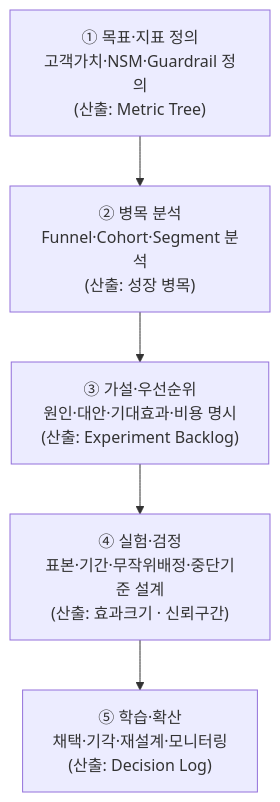
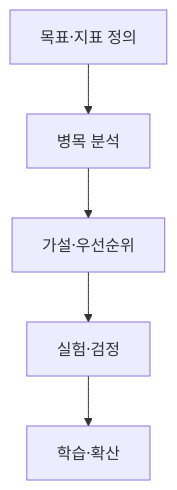
One commit to agnusdei1207/study changed the third of 4 diagrams in src/content/docs/notes/itpe/01-it-strategy/046_growth_hacking.md. Above: the diagram before and after it, drawn with Mermaid. The commit also changed other lines of this file and 19 other files, not shown here.

````diff
--- a/src/content/docs/notes/itpe/01-it-strategy/046_growth_hacking.md
+++ b/src/content/docs/notes/itpe/01-it-strategy/046_growth_hacking.md
@@ -99,10 +96,7 @@
 ```mermaid
 flowchart TD
-    S1["① 목표·지표 정의<br/>고객가치·NSM·Guardrail 정의<br/>(산출: Metric Tree)"]
-    S2["② 병목 분석<br/>Funnel·Cohort·Segment 분석<br/>(산출: 성장 병목)"]
-    S3["③ 가설·우선순위<br/>원인·대안·기대효과·비용 명시<br/>(산출: Experiment Backlog)"]
-    S4["④ 실험·검정<br/>표본·기간·무작위배정·중단기준 설계<br/>(산출: 효과크기 · 신뢰구간)"]
-    S5["⑤ 학습·확산<br/>채택·기각·재설계·모니터링<br/>(산출: Decision Log)"]
-
-    S1 --> S2 --> S3 --> S4 --> S5
+    S1["목표·지표 정의"] --> S2["병목 분석"]
+    S2 --> S3["가설·우선순위"]
+    S3 --> S4["실험·검정"]
+    S4 --> S5["학습·확산"]
 ```
````
